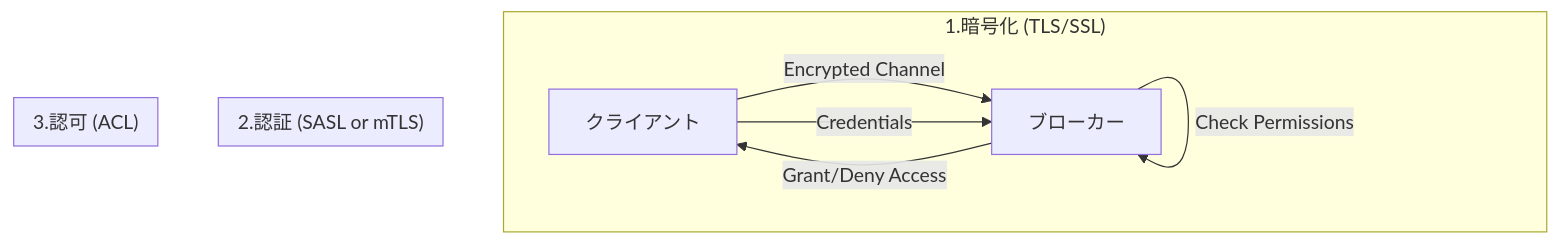
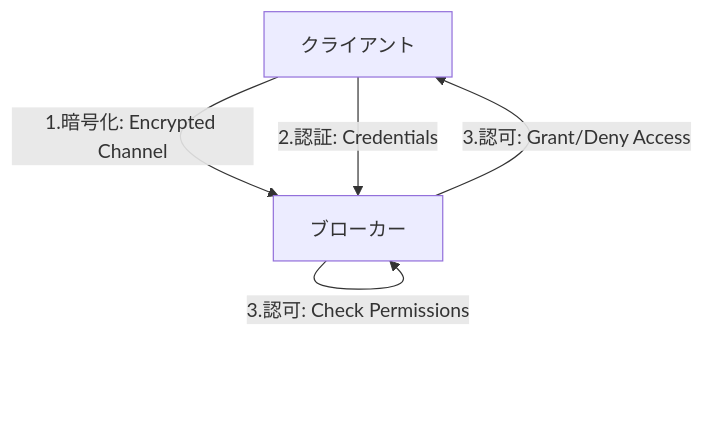
The seventh of 7 diagrams in articles/kafka_best_practice_20250930.md (suwa-sh/zenn-contents), drawn with Mermaid before and after one commit. The commit also changed other lines of this file, not shown here.

````diff
--- a/articles/kafka_best_practice_20250930.md
+++ b/articles/kafka_best_practice_20250930.md
@@ -371,19 +428,13 @@
 ```mermaid
 graph TD
     Client[クライアント]
     Broker[ブローカー]
 
-    subgraph "1.暗号化 (TLS/SSL)"
-        Client -- Encrypted Channel --> Broker
-    end
+    Client -- 1.暗号化: Encrypted Channel --> Broker
 
-    subgraph "2.認証 (SASL or mTLS)"
-        Client -- Credentials --> Broker
-        Broker -- Authenticate --> Broker
-    end
+    Client -- 2.認証: Credentials --> Broker
+    Broker -- 2.認証: Authenticate --> Broker
 
-    subgraph "3.認可 (ACL)"
-        Broker -- Check Permissions --> Broker
-        Broker -- Grant/Deny Access --> Client
-    end
+    Broker -- 3.認可: Check Permissions --> Broker
+    Broker -- 3.認可: Grant/Deny Access --> Client
 ```
````
